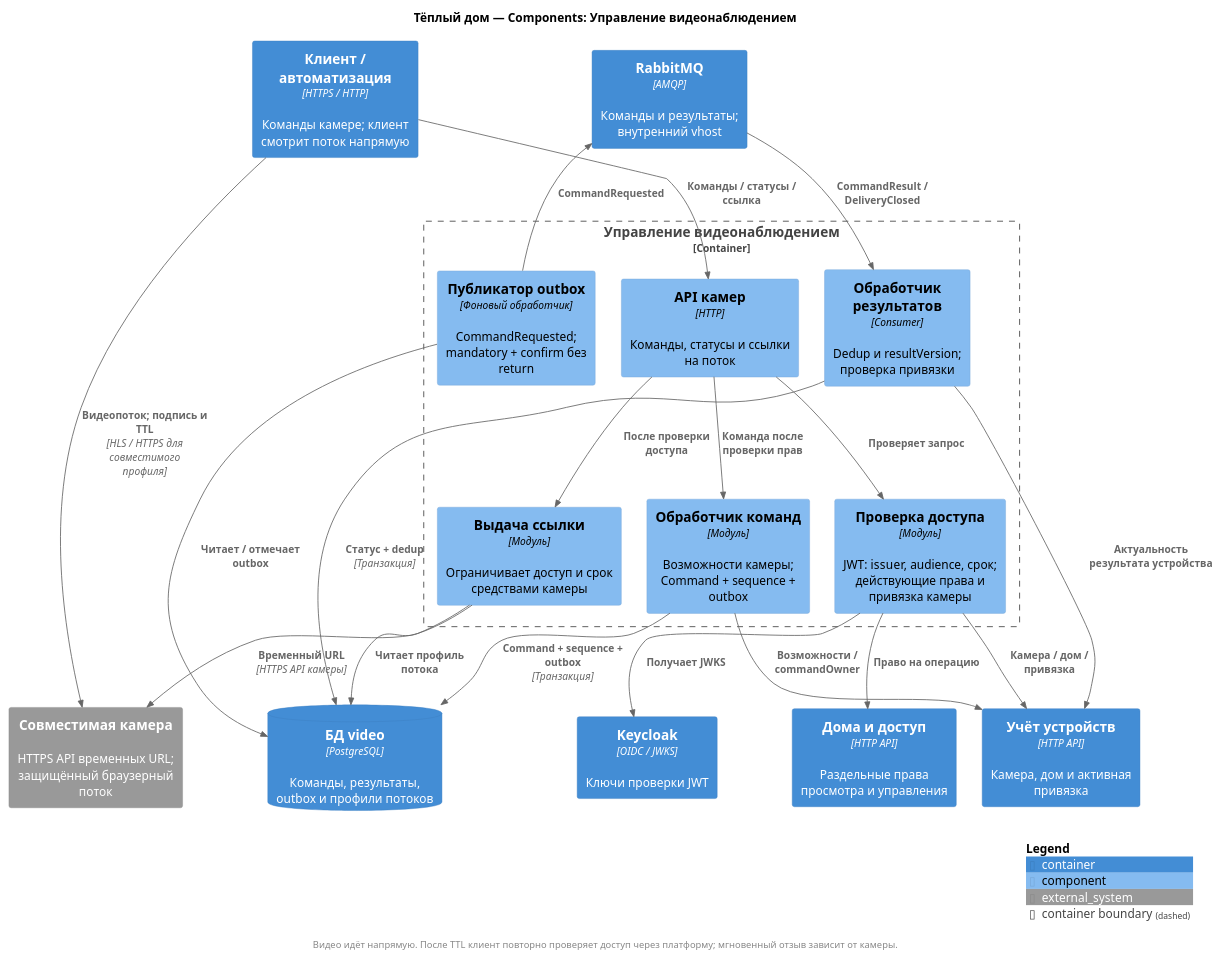
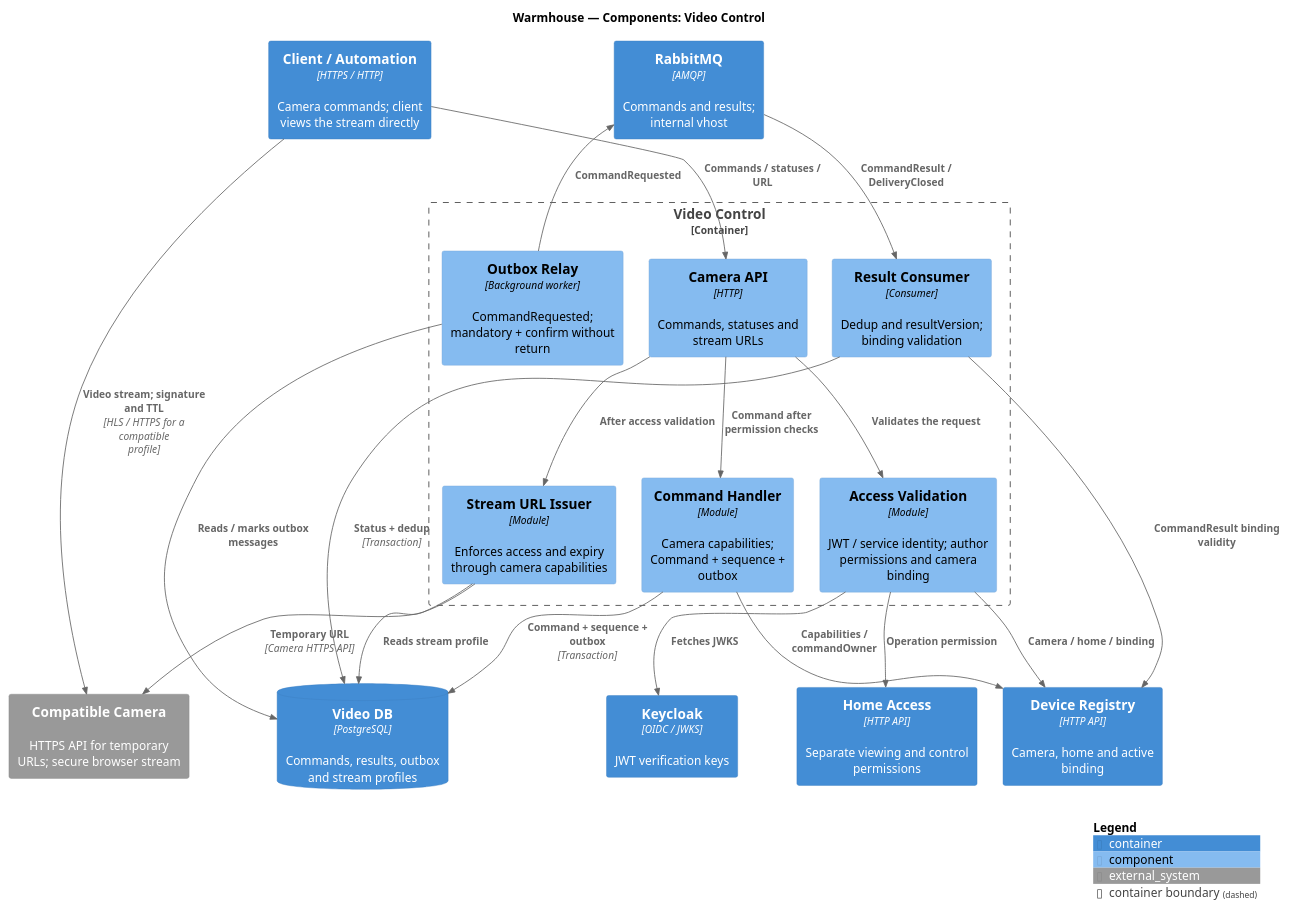
The diagram in diagrams/components/video.puml (AndyMcFishka/architecture-pro-warmhouse), drawn with PlantUML before and after one commit. The commit also changed 24 other files, not shown here.

```diff
--- a/diagrams/components/video.puml
+++ b/diagrams/components/video.puml
@@ -1,42 +1,40 @@
 @startuml
 !include <C4/C4_Component>
-title Тёплый дом — Components: Управление видеонаблюдением
+title Warmhouse — Components: Video Control
 LAYOUT_TOP_DOWN()
 skinparam nodesep 30
 skinparam ranksep 50
-Container(client, "Клиент / автоматизация", "HTTPS / HTTP", "Команды камере; клиент смотрит поток напрямую")
-Container(idp, "Keycloak", "OIDC / JWKS", "Ключи проверки JWT")
-Container(access, "Дома и доступ", "HTTP API", "Раздельные права просмотра и управления")
-Container(registry, "Учёт устройств", "HTTP API", "Камера, дом и активная привязка")
-Container(broker, "RabbitMQ", "AMQP", "Команды и результаты; внутренний vhost")
-Container_Boundary(service, "Управление видеонаблюдением") {
-  Component(api, "API камер", "HTTP", "Команды, статусы и ссылки на поток")
-  Component(auth, "Проверка доступа", "Модуль", "JWT: issuer, audience, срок; действующие права и привязка камеры")
-  Component(commands, "Обработчик команд", "Модуль", "Возможности камеры; Command + sequence + outbox")
-  Component(results, "Обработчик результатов", "Consumer", "Dedup и resultVersion; проверка привязки")
-  Component(relay, "Публикатор outbox", "Фоновый обработчик", "CommandRequested; mandatory + confirm без return")
-  Component(links, "Выдача ссылки", "Модуль", "Ограничивает доступ и срок средствами камеры")
+Container(client, "Client / Automation", "HTTPS / HTTP", "Camera commands; client views the stream directly")
+Container(idp, "Keycloak", "OIDC / JWKS", "JWT verification keys")
+Container(access, "Home Access", "HTTP API", "Separate viewing and control permissions")
+Container(registry, "Device Registry", "HTTP API", "Camera, home and active binding")
+Container(broker, "RabbitMQ", "AMQP", "Commands and results; internal vhost")
+Container_Boundary(service, "Video Control") {
+  Component(api, "Camera API", "HTTP", "Commands, statuses and stream URLs")
+  Component(auth, "Access Validation", "Module", "JWT / service identity; author permissions and camera binding")
+  Component(commands, "Command Handler", "Module", "Camera capabilities; Command + sequence + outbox")
+  Component(results, "Result Consumer", "Consumer", "Dedup and resultVersion; binding validation")
+  Component(relay, "Outbox Relay", "Background worker", "CommandRequested; mandatory + confirm without return")
+  Component(links, "Stream URL Issuer", "Module", "Enforces access and expiry through camera capabilities")
 }
-System_Ext(camera, "Совместимая камера", "HTTPS API временных URL; защищённый браузерный поток")
-ContainerDb(db, "БД video", "PostgreSQL", "Команды, результаты, outbox и профили потоков")
-Rel(client, api, "Команды / статусы / ссылка")
-Rel(api, auth, "Проверяет запрос")
-Rel(auth, idp, "Получает JWKS")
-Rel(auth, registry, "Камера / дом / привязка")
-Rel(auth, access, "Право на операцию")
-Rel(api, links, "После проверки доступа")
-Rel(links, db, "Читает профиль потока")
-footer Видео идёт напрямую. После TTL клиент повторно проверяет доступ через платформу; мгновенный отзыв зависит от камеры.
-Rel(links, camera, "Временный URL", "HTTPS API камеры")
-Rel(client, camera, "Видеопоток; подпись и TTL", "HLS / HTTPS для совместимого профиля")
-Rel(api, commands, "Команда после проверки прав")
-Rel(commands, registry, "Возможности / commandOwner")
-Rel(commands, db, "Command + sequence + outbox", "Транзакция")
-Rel(relay, db, "Читает / отмечает outbox")
+System_Ext(camera, "Compatible Camera", "HTTPS API for temporary URLs; secure browser stream")
+ContainerDb(db, "Video DB", "PostgreSQL", "Commands, results, outbox and stream profiles")
+Rel(client, api, "Commands / statuses / URL")
+Rel(api, auth, "Validates the request")
+Rel(auth, idp, "Fetches JWKS")
+Rel(auth, registry, "Camera / home / binding")
+Rel(auth, access, "Operation permission")
+Rel(api, links, "After access validation")
+Rel(links, db, "Reads stream profile")
+Rel(links, camera, "Temporary URL", "Camera HTTPS API")
+Rel(client, camera, "Video stream; signature and TTL", "HLS / HTTPS for a compatible profile")
+Rel(api, commands, "Command after permission checks")
+Rel(commands, registry, "Capabilities / commandOwner")
+Rel(commands, db, "Command + sequence + outbox", "Transaction")
+Rel(relay, db, "Reads / marks outbox messages")
 Rel(relay, broker, "CommandRequested")
 Rel(broker, results, "CommandResult / DeliveryClosed")
-Rel(results, registry, "Актуальность результата устройства")
-Rel(results, db, "Статус + dedup", "Транзакция")
-skinparam footerFontSize 11
+Rel(results, registry, "CommandResult binding validity")
+Rel(results, db, "Status + dedup", "Transaction")
 SHOW_LEGEND()
 @enduml
```
